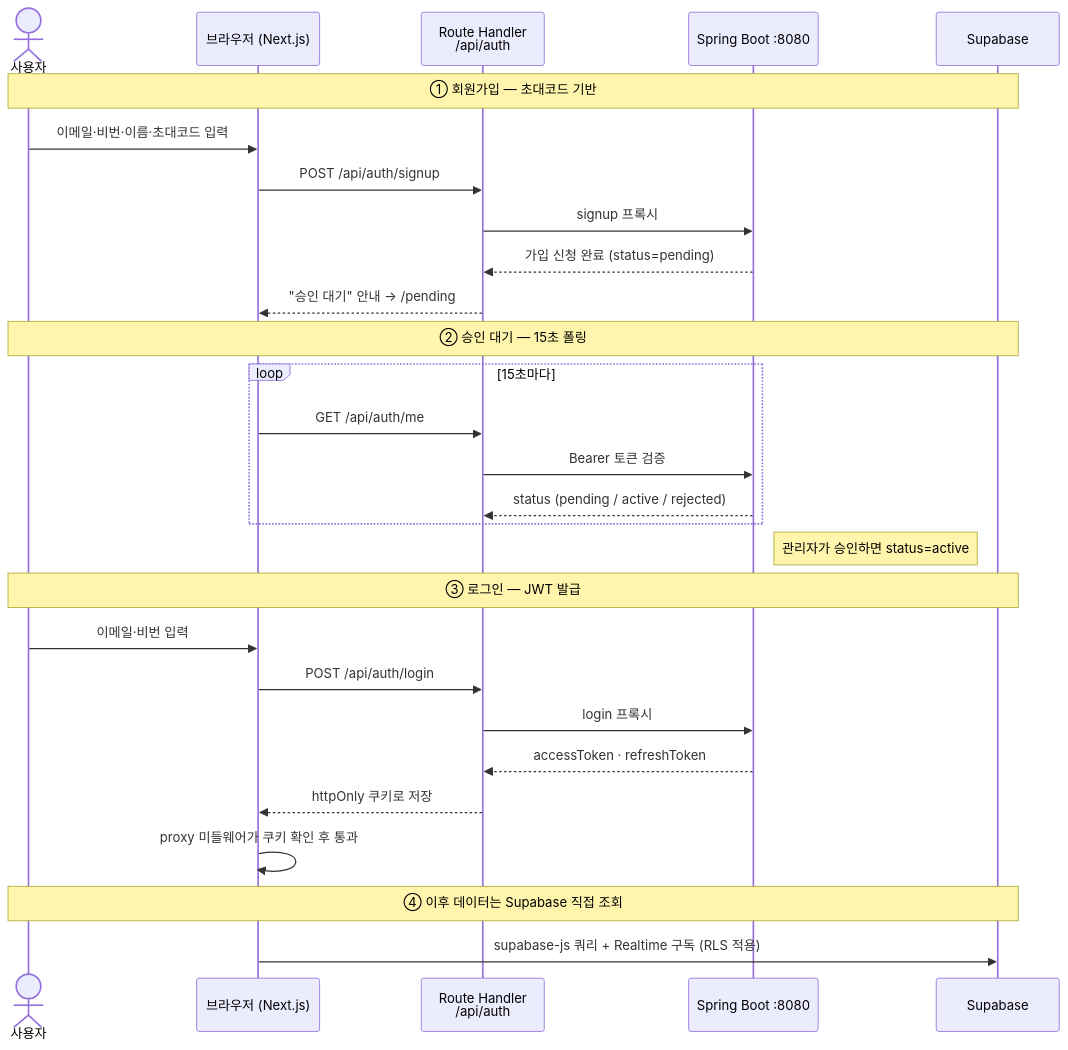
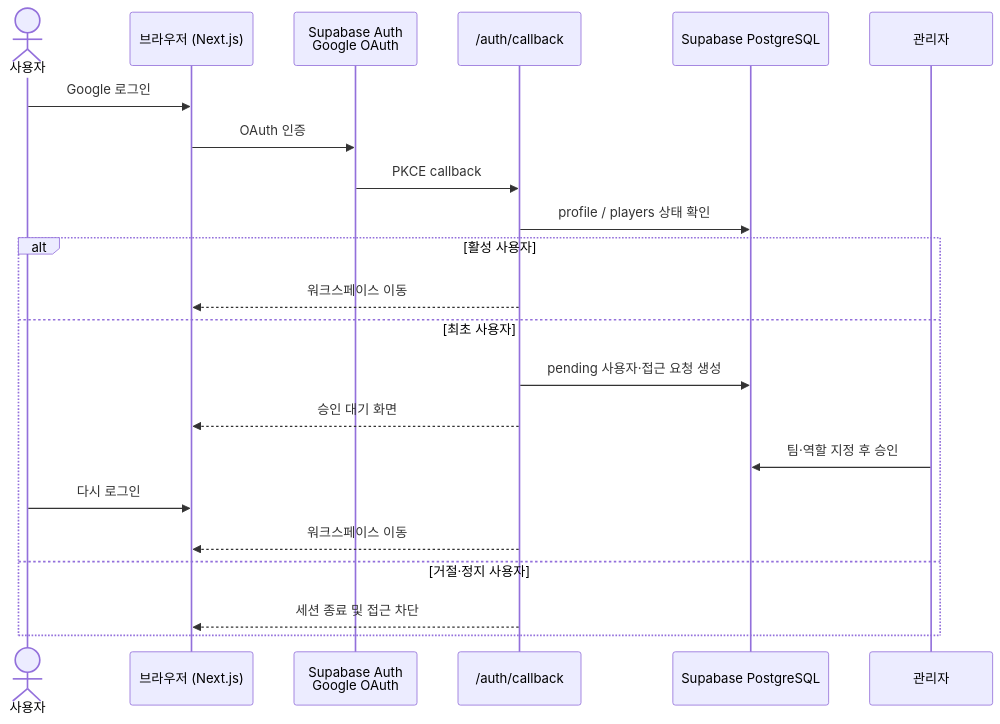
The third of 4 diagrams in README.md (poseybutter/project-alarm-service), drawn with Mermaid before and after one commit. The commit also changed other lines of this file and 47 other files, not shown here.

````diff
--- a/README.md
+++ b/README.md
@@ -292,34 +292,25 @@
 ```mermaid
 sequenceDiagram
     actor U as 사용자
     participant N as 브라우저 (Next.js)
-    participant R as Route Handler<br/>/api/auth
-    participant S as Spring Boot :8080
-    participant DB as Supabase
+    participant O as Supabase Auth<br/>Google OAuth
+    participant C as /auth/callback
+    participant DB as Supabase PostgreSQL
+    participant A as 관리자
 
-    Note over U,DB: ① 회원가입 — 초대코드 기반
-    U->>N: 이메일·비번·이름·초대코드 입력
-    N->>R: POST /api/auth/signup
-    R->>S: signup 프록시
-    S-->>R: 가입 신청 완료 (status=pending)
-    R-->>N: "승인 대기" 안내 → /pending
-
-    Note over U,DB: ② 승인 대기 — 15초 폴링
-    loop 15초마다
-        N->>R: GET /api/auth/me
-        R->>S: Bearer 토큰 검증
-        S-->>R: status (pending / active / rejected)
+    U->>N: Google 로그인
+    N->>O: OAuth 인증
+    O->>C: PKCE callback
+    C->>DB: profile / players 상태 확인
+    alt 활성 사용자
+        C-->>N: 워크스페이스 이동
+    else 최초 사용자
+        C->>DB: pending 사용자·접근 요청 생성
+        C-->>N: 승인 대기 화면
+        A->>DB: 팀·역할 지정 후 승인
+        U->>N: 다시 로그인
+        C-->>N: 워크스페이스 이동
+    else 거절·정지 사용자
+        C-->>N: 세션 종료 및 접근 차단
     end
-    Note right of S: 관리자가 승인하면 status=active
-
-    Note over U,DB: ③ 로그인 — JWT 발급
-    U->>N: 이메일·비번 입력
-    N->>R: POST /api/auth/login
-    R->>S: login 프록시
-    S-->>R: accessToken · refreshToken
-    R-->>N: httpOnly 쿠키로 저장
-    N->>N: proxy 미들웨어가 쿠키 확인 후 통과
-
-    Note over U,DB: ④ 이후 데이터는 Supabase 직접 조회
-    N->>DB: supabase-js 쿼리 + Realtime 구독 (RLS 적용)
 ```
````
